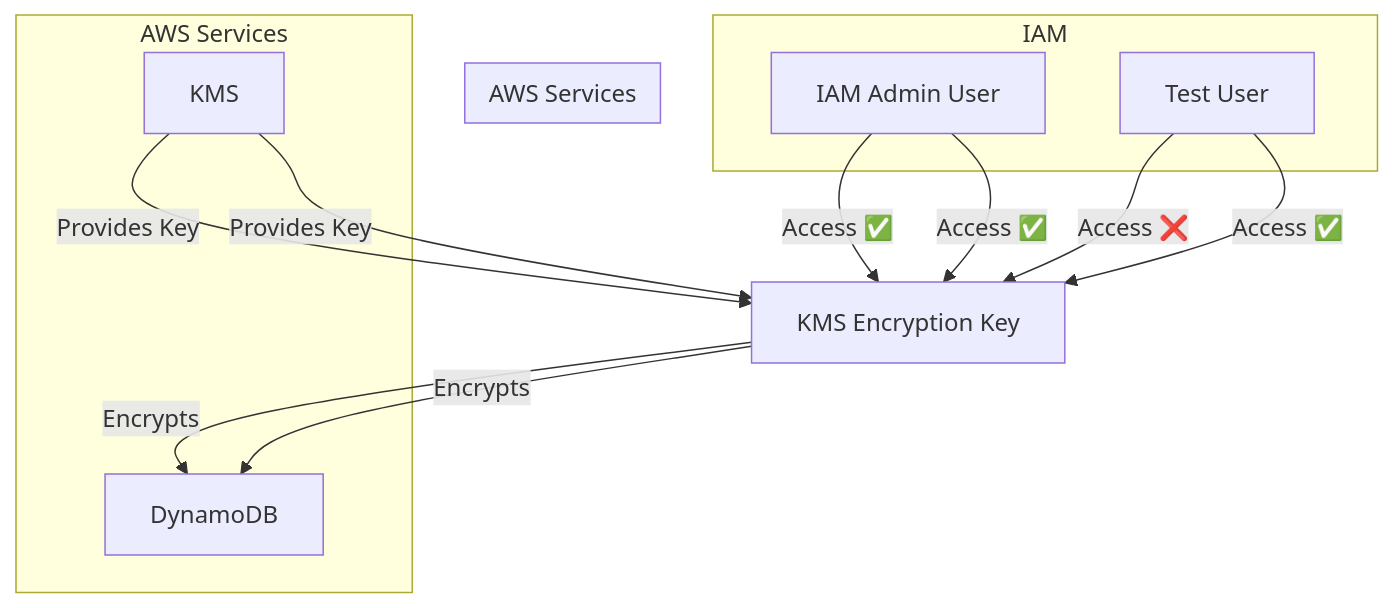
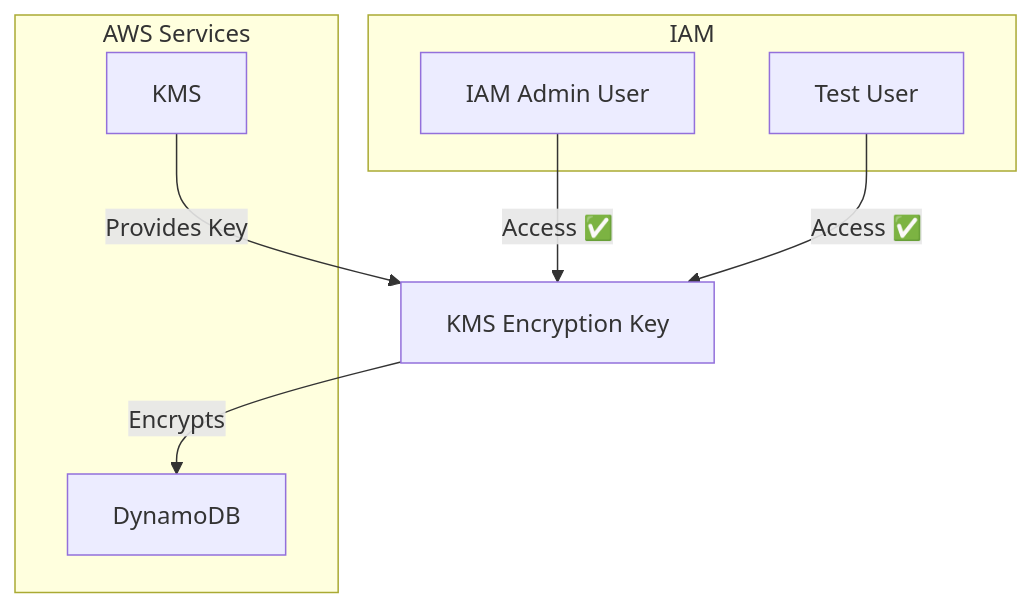
The diagram in Encyrpt Data with AWS KMS/Architecture Diagram AWS KMS.mmd (whenzvarrerz/Security---Amazon-Web-Services), drawn with Mermaid before and after one commit.

Commit message:
Update Architecture Diagram AWS KMS.mmd

```diff
--- a/Encyrpt Data with AWS KMS/Architecture Diagram AWS KMS.mmd
+++ b/Encyrpt Data with AWS KMS/Architecture Diagram AWS KMS.mmd
@@ -1,31 +1,15 @@
 graph TD
-    A[KMS] -->|Provides Key| B[KMS Encryption Key]
-    B -->|Encrypts| C[DynamoDB]
-    D[IAM Admin User] -->|Access ✅| B
-    E[Test User] -->|Access ❌| B
-
-    subgraph AWS Services
-        A
-        C
-    end
-
-    subgraph IAM
-        D
-        E
-    end
-
-
     A[KMS] -->|Provides Key| B[KMS Encryption Key]
     B -->|Encrypts| C[DynamoDB]
     D[IAM Admin User] -->|Access ✅| B
     E[Test User] -->|Access ✅| B
 
     subgraph AWS Services
         A
         C
     end
 
     subgraph IAM
         D
         E
     end 
```
